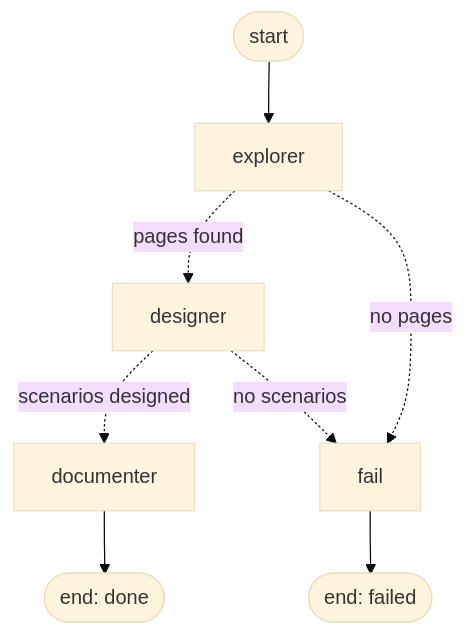
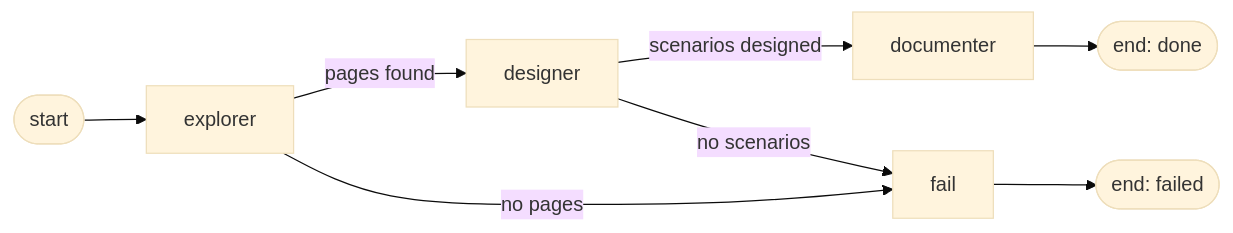
Before and after one commit to sebastian946/TestingAgents: the second of 3 diagrams in README.md, drawn with Mermaid (base theme). The commit also changed other lines of this file and 13 other files, not shown here.

Commit message:
Dcoumentaion update and diagrams

````diff
--- a/README.md
+++ b/README.md
@@ -53,10 +58,10 @@
 ```mermaid
-graph TD;
-    start([start]) --> explorer;
-    explorer -. pages found .-> designer;
-    explorer -. no pages .-> fail;
-    designer -. scenarios designed .-> documenter;
-    designer -. no scenarios .-> fail;
-    documenter --> done([end: done]);
-    fail --> failed([end: failed]);
+flowchart LR
+    start(["start"]) --> explorer["explorer"]
+    explorer -- "pages found" --> designer["designer"]
+    explorer -- "no pages" --> fail["fail"]
+    designer -- "scenarios designed" --> documenter["documenter"]
+    designer -- "no scenarios" --> fail
+    documenter --> done(["end: done"])
+    fail --> failed(["end: failed"])
 ```
````
